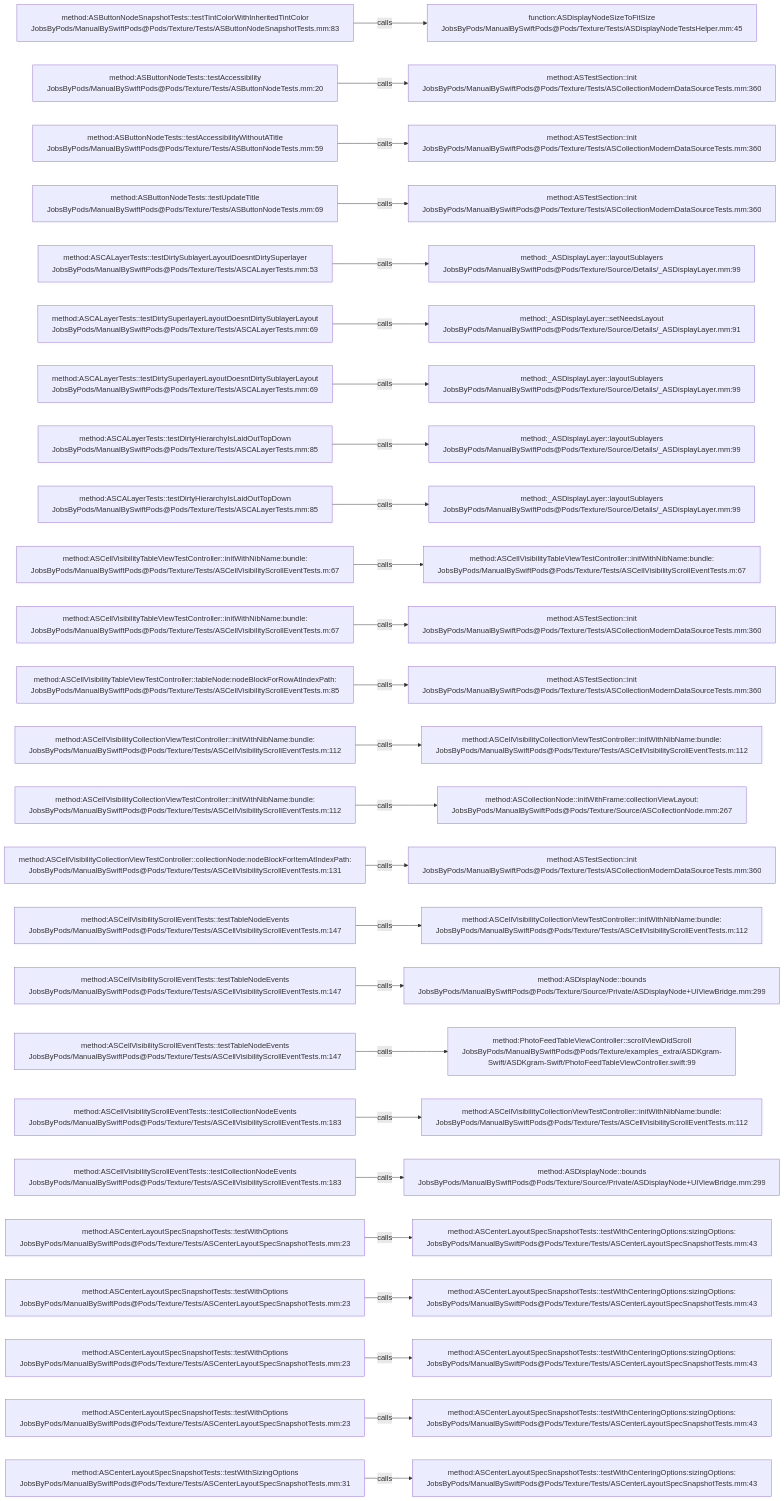
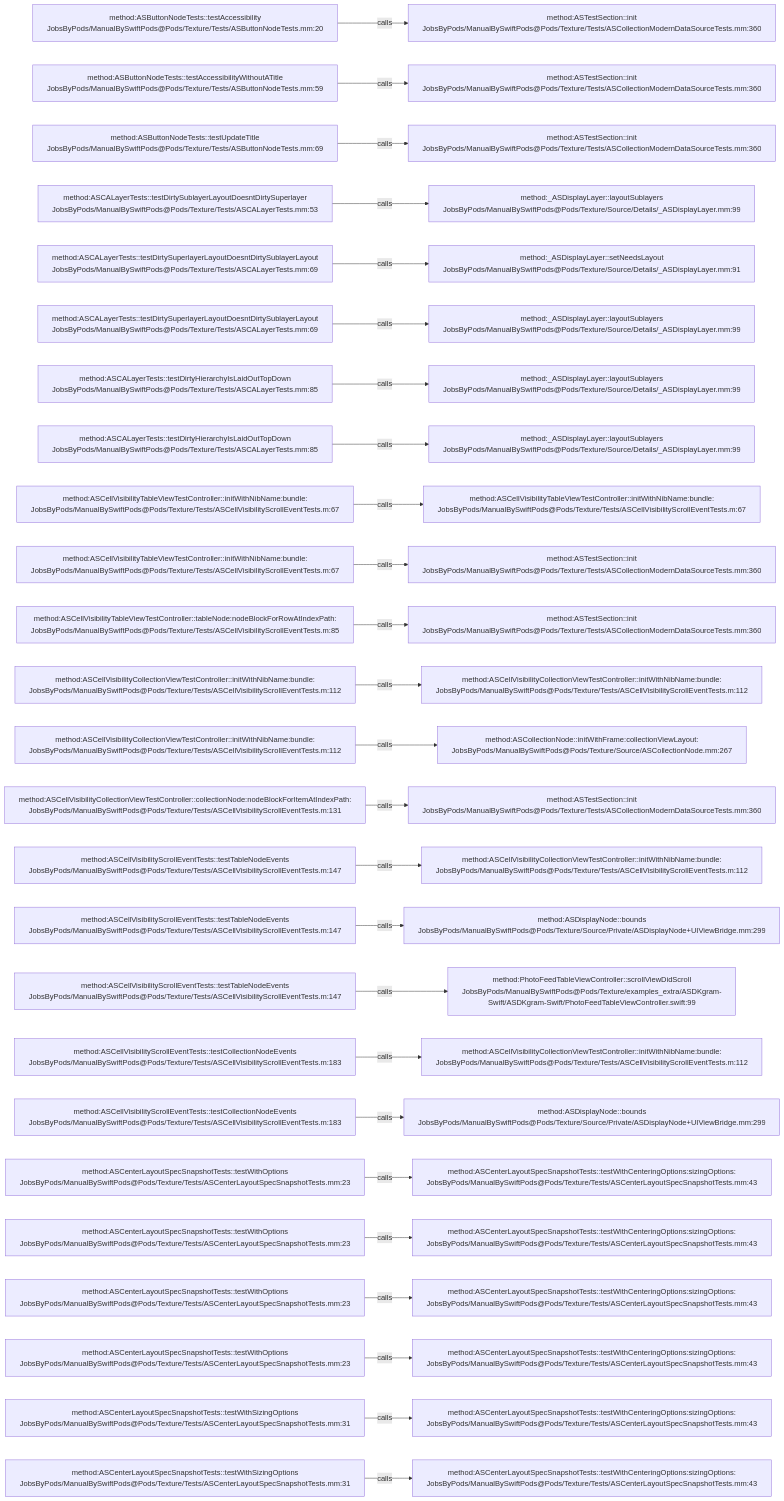
The diagram in .codegraph/codegraph.md/graphs/calls-166.md (JobsKits/JobsSwiftBaseConfigDemo), drawn with Mermaid before and after one commit. The commit also changed 747 other files, not shown here.

````diff
--- a/.codegraph/codegraph.md/graphs/calls-166.md
+++ b/.codegraph/codegraph.md/graphs/calls-166.md
@@ -13,78 +13,78 @@
 ```mermaid
 flowchart LR
-  S1["method:ASButtonNodeSnapshotTests::testTintColorWithInheritedTintColor<br/>JobsByPods/ManualBySwiftPods@Pods/Texture/Tests/ASButtonNodeSnapshotTests.mm:83"]
-  T1["function:ASDisplayNodeSizeToFitSize<br/>JobsByPods/ManualBySwiftPods@Pods/Texture/Tests/ASDisplayNodeTestsHelper.mm:45"]
+  S1["method:ASButtonNodeTests::testAccessibility<br/>JobsByPods/ManualBySwiftPods@Pods/Texture/Tests/ASButtonNodeTests.mm:20"]
+  T1["method:ASTestSection::init<br/>JobsByPods/ManualBySwiftPods@Pods/Texture/Tests/ASCollectionModernDataSourceTests.mm:360"]
   S1 -->|calls| T1
-  S2["method:ASButtonNodeTests::testAccessibility<br/>JobsByPods/ManualBySwiftPods@Pods/Texture/Tests/ASButtonNodeTests.mm:20"]
+  S2["method:ASButtonNodeTests::testAccessibilityWithoutATitle<br/>JobsByPods/ManualBySwiftPods@Pods/Texture/Tests/ASButtonNodeTests.mm:59"]
   T2["method:ASTestSection::init<br/>JobsByPods/ManualBySwiftPods@Pods/Texture/Tests/ASCollectionModernDataSourceTests.mm:360"]
   S2 -->|calls| T2
-  S3["method:ASButtonNodeTests::testAccessibilityWithoutATitle<br/>JobsByPods/ManualBySwiftPods@Pods/Texture/Tests/ASButtonNodeTests.mm:59"]
+  S3["method:ASButtonNodeTests::testUpdateTitle<br/>JobsByPods/ManualBySwiftPods@Pods/Texture/Tests/ASButtonNodeTests.mm:69"]
   T3["method:ASTestSection::init<br/>JobsByPods/ManualBySwiftPods@Pods/Texture/Tests/ASCollectionModernDataSourceTests.mm:360"]
   S3 -->|calls| T3
-  S4["method:ASButtonNodeTests::testUpdateTitle<br/>JobsByPods/ManualBySwiftPods@Pods/Texture/Tests/ASButtonNodeTests.mm:69"]
-  T4["method:ASTestSection::init<br/>JobsByPods/ManualBySwiftPods@Pods/Texture/Tests/ASCollectionModernDataSourceTests.mm:360"]
+  S4["method:ASCALayerTests::testDirtySublayerLayoutDoesntDirtySuperlayer<br/>JobsByPods/ManualBySwiftPods@Pods/Texture/Tests/ASCALayerTests.mm:53"]
+  T4["method:_ASDisplayLayer::layoutSublayers<br/>JobsByPods/ManualBySwiftPods@Pods/Texture/Source/Details/_ASDisplayLayer.mm:99"]
   S4 -->|calls| T4
-  S5["method:ASCALayerTests::testDirtySublayerLayoutDoesntDirtySuperlayer<br/>JobsByPods/ManualBySwiftPods@Pods/Texture/Tests/ASCALayerTests.mm:53"]
-  T5["method:_ASDisplayLayer::layoutSublayers<br/>JobsByPods/ManualBySwiftPods@Pods/Texture/Source/Details/_ASDisplayLayer.mm:99"]
+  S5["method:ASCALayerTests::testDirtySuperlayerLayoutDoesntDirtySublayerLayout<br/>JobsByPods/ManualBySwiftPods@Pods/Texture/Tests/ASCALayerTests.mm:69"]
+  T5["method:_ASDisplayLayer::setNeedsLayout<br/>JobsByPods/ManualBySwiftPods@Pods/Texture/Source/Details/_ASDisplayLayer.mm:91"]
   S5 -->|calls| T5
   S6["method:ASCALayerTests::testDirtySuperlayerLayoutDoesntDirtySublayerLayout<br/>JobsByPods/ManualBySwiftPods@Pods/Texture/Tests/ASCALayerTests.mm:69"]
-  T6["method:_ASDisplayLayer::setNeedsLayout<br/>JobsByPods/ManualBySwiftPods@Pods/Texture/Source/Details/_ASDisplayLayer.mm:91"]
+  T6["method:_ASDisplayLayer::layoutSublayers<br/>JobsByPods/ManualBySwiftPods@Pods/Texture/Source/Details/_ASDisplayLayer.mm:99"]
   S6 -->|calls| T6
-  S7["method:ASCALayerTests::testDirtySuperlayerLayoutDoesntDirtySublayerLayout<br/>JobsByPods/ManualBySwiftPods@Pods/Texture/Tests/ASCALayerTests.mm:69"]
+  S7["method:ASCALayerTests::testDirtyHierarchyIsLaidOutTopDown<br/>JobsByPods/ManualBySwiftPods@Pods/Texture/Tests/ASCALayerTests.mm:85"]
   T7["method:_ASDisplayLayer::layoutSublayers<br/>JobsByPods/ManualBySwiftPods@Pods/Texture/Source/Details/_ASDisplayLayer.mm:99"]
   S7 -->|calls| T7
   S8["method:ASCALayerTests::testDirtyHierarchyIsLaidOutTopDown<br/>JobsByPods/ManualBySwiftPods@Pods/Texture/Tests/ASCALayerTests.mm:85"]
   T8["method:_ASDisplayLayer::layoutSublayers<br/>JobsByPods/ManualBySwiftPods@Pods/Texture/Source/Details/_ASDisplayLayer.mm:99"]
   S8 -->|calls| T8
-  S9["method:ASCALayerTests::testDirtyHierarchyIsLaidOutTopDown<br/>JobsByPods/ManualBySwiftPods@Pods/Texture/Tests/ASCALayerTests.mm:85"]
-  T9["method:_ASDisplayLayer::layoutSublayers<br/>JobsByPods/ManualBySwiftPods@Pods/Texture/Source/Details/_ASDisplayLayer.mm:99"]
+  S9["method:ASCellVisibilityTableViewTestController::initWithNibName:bundle:<br/>JobsByPods/ManualBySwiftPods@Pods/Texture/Tests/ASCellVisibilityScrollEventTests.m:67"]
+  T9["method:ASCellVisibilityTableViewTestController::initWithNibName:bundle:<br/>JobsByPods/ManualBySwiftPods@Pods/Texture/Tests/ASCellVisibilityScrollEventTests.m:67"]
   S9 -->|calls| T9
   S10["method:ASCellVisibilityTableViewTestController::initWithNibName:bundle:<br/>JobsByPods/ManualBySwiftPods@Pods/Texture/Tests/ASCellVisibilityScrollEventTests.m:67"]
-  T10["method:ASCellVisibilityTableViewTestController::initWithNibName:bundle:<br/>JobsByPods/ManualBySwiftPods@Pods/Texture/Tests/ASCellVisibilityScrollEventTests.m:67"]
+  T10["method:ASTestSection::init<br/>JobsByPods/ManualBySwiftPods@Pods/Texture/Tests/ASCollectionModernDataSourceTests.mm:360"]
   S10 -->|calls| T10
-  S11["method:ASCellVisibilityTableViewTestController::initWithNibName:bundle:<br/>JobsByPods/ManualBySwiftPods@Pods/Texture/Tests/ASCellVisibilityScrollEventTests.m:67"]
+  S11["method:ASCellVisibilityTableViewTestController::tableNode:nodeBlockForRowAtIndexPath:<br/>JobsByPods/ManualBySwiftPods@Pods/Texture/Tests/ASCellVisibilityScrollEventTests.m:85"]
   T11["method:ASTestSection::init<br/>JobsByPods/ManualBySwiftPods@Pods/Texture/Tests/ASCollectionModernDataSourceTests.mm:360"]
   S11 -->|calls| T11
-  S12["method:ASCellVisibilityTableViewTestController::tableNode:nodeBlockForRowAtIndexPath:<br/>JobsByPods/ManualBySwiftPods@Pods/Texture/Tests/ASCellVisibilityScrollEventTests.m:85"]
-  T12["method:ASTestSection::init<br/>JobsByPods/ManualBySwiftPods@Pods/Texture/Tests/ASCollectionModernDataSourceTests.mm:360"]
+  S12["method:ASCellVisibilityCollectionViewTestController::initWithNibName:bundle:<br/>JobsByPods/ManualBySwiftPods@Pods/Texture/Tests/ASCellVisibilityScrollEventTests.m:112"]
+  T12["method:ASCellVisibilityCollectionViewTestController::initWithNibName:bundle:<br/>JobsByPods/ManualBySwiftPods@Pods/Texture/Tests/ASCellVisibilityScrollEventTests.m:112"]
   S12 -->|calls| T12
   S13["method:ASCellVisibilityCollectionViewTestController::initWithNibName:bundle:<br/>JobsByPods/ManualBySwiftPods@Pods/Texture/Tests/ASCellVisibilityScrollEventTests.m:112"]
-  T13["method:ASCellVisibilityCollectionViewTestController::initWithNibName:bundle:<br/>JobsByPods/ManualBySwiftPods@Pods/Texture/Tests/ASCellVisibilityScrollEventTests.m:112"]
+  T13["method:ASCollectionNode::initWithFrame:collectionViewLayout:<br/>JobsByPods/ManualBySwiftPods@Pods/Texture/Source/ASCollectionNode.mm:267"]
   S13 -->|calls| T13
-  S14["method:ASCellVisibilityCollectionViewTestController::initWithNibName:bundle:<br/>JobsByPods/ManualBySwiftPods@Pods/Texture/Tests/ASCellVisibilityScrollEventTests.m:112"]
-  T14["method:ASCollectionNode::initWithFrame:collectionViewLayout:<br/>JobsByPods/ManualBySwiftPods@Pods/Texture/Source/ASCollectionNode.mm:267"]
+  S14["method:ASCellVisibilityCollectionViewTestController::collectionNode:nodeBlockForItemAtIndexPath:<br/>JobsByPods/ManualBySwiftPods@Pods/Texture/Tests/ASCellVisibilityScrollEventTests.m:131"]
+  T14["method:ASTestSection::init<br/>JobsByPods/ManualBySwiftPods@Pods/Texture/Tests/ASCollectionModernDataSourceTests.mm:360"]
   S14 -->|calls| T14
-  S15["method:ASCellVisibilityCollectionViewTestController::collectionNode:nodeBlockForItemAtIndexPath:<br/>JobsByPods/ManualBySwiftPods@Pods/Texture/Tests/ASCellVisibilityScrollEventTests.m:131"]
-  T15["method:ASTestSection::init<br/>JobsByPods/ManualBySwiftPods@Pods/Texture/Tests/ASCollectionModernDataSourceTests.mm:360"]
+  S15["method:ASCellVisibilityScrollEventTests::testTableNodeEvents<br/>JobsByPods/ManualBySwiftPods@Pods/Texture/Tests/ASCellVisibilityScrollEventTests.m:147"]
+  T15["method:ASCellVisibilityCollectionViewTestController::initWithNibName:bundle:<br/>JobsByPods/ManualBySwiftPods@Pods/Texture/Tests/ASCellVisibilityScrollEventTests.m:112"]
   S15 -->|calls| T15
   S16["method:ASCellVisibilityScrollEventTests::testTableNodeEvents<br/>JobsByPods/ManualBySwiftPods@Pods/Texture/Tests/ASCellVisibilityScrollEventTests.m:147"]
-  T16["method:ASCellVisibilityCollectionViewTestController::initWithNibName:bundle:<br/>JobsByPods/ManualBySwiftPods@Pods/Texture/Tests/ASCellVisibilityScrollEventTests.m:112"]
+  T16["method:ASDisplayNode::bounds<br/>JobsByPods/ManualBySwiftPods@Pods/Texture/Source/Private/ASDisplayNode+UIViewBridge.mm:299"]
   S16 -->|calls| T16
   S17["method:ASCellVisibilityScrollEventTests::testTableNodeEvents<br/>JobsByPods/ManualBySwiftPods@Pods/Texture/Tests/ASCellVisibilityScrollEventTests.m:147"]
-  T17["method:ASDisplayNode::bounds<br/>JobsByPods/ManualBySwiftPods@Pods/Texture/Source/Private/ASDisplayNode+UIViewBridge.mm:299"]
+  T17["method:PhotoFeedTableViewController::scrollViewDidScroll<br/>JobsByPods/ManualBySwiftPods@Pods/Texture/examples_extra/ASDKgram-Swift/ASDKgram-Swift/PhotoFeedTableViewController.swift:99"]
   S17 -->|calls| T17
-  S18["method:ASCellVisibilityScrollEventTests::testTableNodeEvents<br/>JobsByPods/ManualBySwiftPods@Pods/Texture/Tests/ASCellVisibilityScrollEventTests.m:147"]
-  T18["method:PhotoFeedTableViewController::scrollViewDidScroll<br/>JobsByPods/ManualBySwiftPods@Pods/Texture/examples_extra/ASDKgram-Swift/ASDKgram-Swift/PhotoFeedTableViewController.swift:99"]
+  S18["method:ASCellVisibilityScrollEventTests::testCollectionNodeEvents<br/>JobsByPods/ManualBySwiftPods@Pods/Texture/Tests/ASCellVisibilityScrollEventTests.m:183"]
+  T18["method:ASCellVisibilityCollectionViewTestController::initWithNibName:bundle:<br/>JobsByPods/ManualBySwiftPods@Pods/Texture/Tests/ASCellVisibilityScrollEventTests.m:112"]
   S18 -->|calls| T18
   S19["method:ASCellVisibilityScrollEventTests::testCollectionNodeEvents<br/>JobsByPods/ManualBySwiftPods@Pods/Texture/Tests/ASCellVisibilityScrollEventTests.m:183"]
-  T19["method:ASCellVisibilityCollectionViewTestController::initWithNibName:bundle:<br/>JobsByPods/ManualBySwiftPods@Pods/Texture/Tests/ASCellVisibilityScrollEventTests.m:112"]
+  T19["method:ASDisplayNode::bounds<br/>JobsByPods/ManualBySwiftPods@Pods/Texture/Source/Private/ASDisplayNode+UIViewBridge.mm:299"]
   S19 -->|calls| T19
-  S20["method:ASCellVisibilityScrollEventTests::testCollectionNodeEvents<br/>JobsByPods/ManualBySwiftPods@Pods/Texture/Tests/ASCellVisibilityScrollEventTests.m:183"]
-  T20["method:ASDisplayNode::bounds<br/>JobsByPods/ManualBySwiftPods@Pods/Texture/Source/Private/ASDisplayNode+UIViewBridge.mm:299"]
+  S20["method:ASCenterLayoutSpecSnapshotTests::testWithOptions<br/>JobsByPods/ManualBySwiftPods@Pods/Texture/Tests/ASCenterLayoutSpecSnapshotTests.mm:23"]
+  T20["method:ASCenterLayoutSpecSnapshotTests::testWithCenteringOptions:sizingOptions:<br/>JobsByPods/ManualBySwiftPods@Pods/Texture/Tests/ASCenterLayoutSpecSnapshotTests.mm:43"]
   S20 -->|calls| T20
   S21["method:ASCenterLayoutSpecSnapshotTests::testWithOptions<br/>JobsByPods/ManualBySwiftPods@Pods/Texture/Tests/ASCenterLayoutSpecSnapshotTests.mm:23"]
   T21["method:ASCenterLayoutSpecSnapshotTests::testWithCenteringOptions:sizingOptions:<br/>JobsByPods/ManualBySwiftPods@Pods/Texture/Tests/ASCenterLayoutSpecSnapshotTests.mm:43"]
   S21 -->|calls| T21
   S22["method:ASCenterLayoutSpecSnapshotTests::testWithOptions<br/>JobsByPods/ManualBySwiftPods@Pods/Texture/Tests/ASCenterLayoutSpecSnapshotTests.mm:23"]
   T22["method:ASCenterLayoutSpecSnapshotTests::testWithCenteringOptions:sizingOptions:<br/>JobsByPods/ManualBySwiftPods@Pods/Texture/Tests/ASCenterLayoutSpecSnapshotTests.mm:43"]
   S22 -->|calls| T22
   S23["method:ASCenterLayoutSpecSnapshotTests::testWithOptions<br/>JobsByPods/ManualBySwiftPods@Pods/Texture/Tests/ASCenterLayoutSpecSnapshotTests.mm:23"]
   T23["method:ASCenterLayoutSpecSnapshotTests::testWithCenteringOptions:sizingOptions:<br/>JobsByPods/ManualBySwiftPods@Pods/Texture/Tests/ASCenterLayoutSpecSnapshotTests.mm:43"]
   S23 -->|calls| T23
-  S24["method:ASCenterLayoutSpecSnapshotTests::testWithOptions<br/>JobsByPods/ManualBySwiftPods@Pods/Texture/Tests/ASCenterLayoutSpecSnapshotTests.mm:23"]
+  S24["method:ASCenterLayoutSpecSnapshotTests::testWithSizingOptions<br/>JobsByPods/ManualBySwiftPods@Pods/Texture/Tests/ASCenterLayoutSpecSnapshotTests.mm:31"]
   T24["method:ASCenterLayoutSpecSnapshotTests::testWithCenteringOptions:sizingOptions:<br/>JobsByPods/ManualBySwiftPods@Pods/Texture/Tests/ASCenterLayoutSpecSnapshotTests.mm:43"]
   S24 -->|calls| T24
   S25["method:ASCenterLayoutSpecSnapshotTests::testWithSizingOptions<br/>JobsByPods/ManualBySwiftPods@Pods/Texture/Tests/ASCenterLayoutSpecSnapshotTests.mm:31"]
   T25["method:ASCenterLayoutSpecSnapshotTests::testWithCenteringOptions:sizingOptions:<br/>JobsByPods/ManualBySwiftPods@Pods/Texture/Tests/ASCenterLayoutSpecSnapshotTests.mm:43"]
   S25 -->|calls| T25
 ```
````
